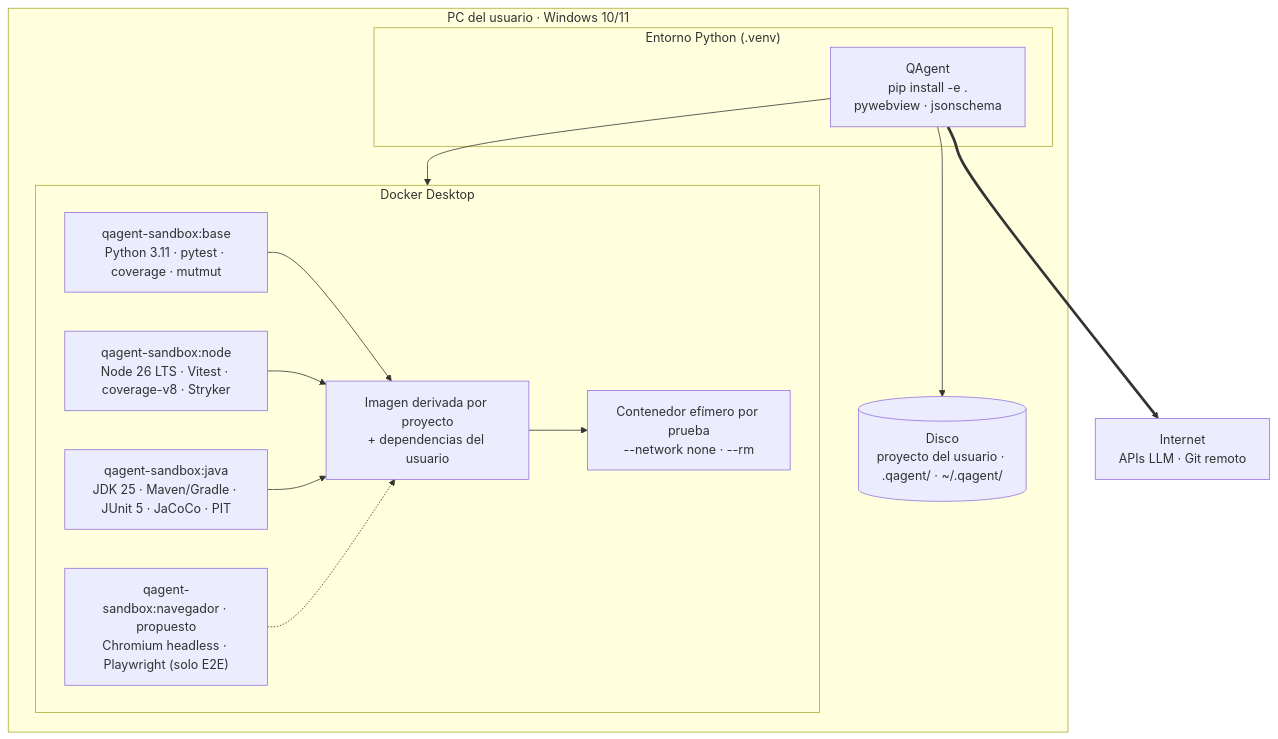
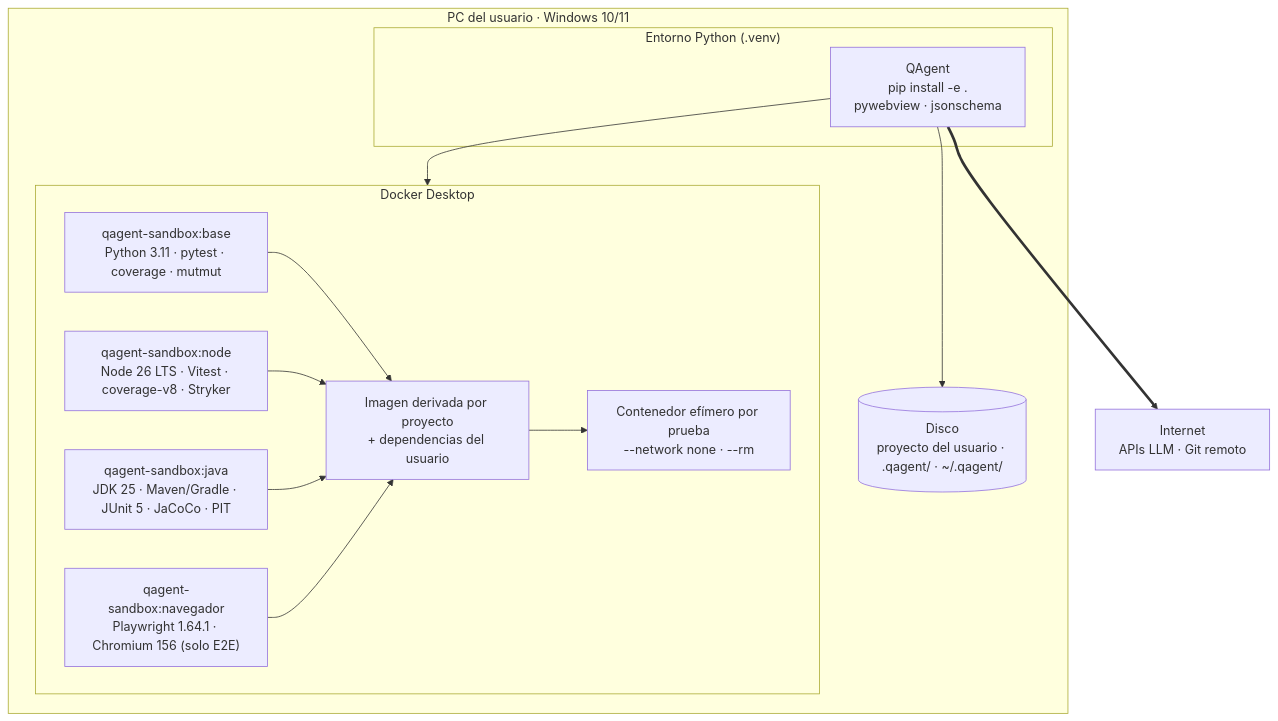
One commit to AngelOncoy/QAgent changed diagram 12 of 13 in docs/arquitectura.md. Above: the diagram before and after it, drawn with Mermaid. The commit also changed other lines of this file, not shown here.

````diff
--- a/docs/arquitectura.md
+++ b/docs/arquitectura.md
@@ -626,26 +626,26 @@
 ```mermaid
 flowchart TB
     subgraph WIN["PC del usuario · Windows 10/11"]
         subgraph VENV["Entorno Python (.venv)"]
             QA["QAgent<br/>pip install -e .<br/>pywebview · jsonschema"]
         end
         subgraph DD["Docker Desktop"]
             IMG["qagent-sandbox:base<br/>Python 3.11 · pytest · coverage · mutmut"]
             IMGN["qagent-sandbox:node<br/>Node 26 LTS · Vitest · coverage-v8 · Stryker"]
             IMGJ["qagent-sandbox:java<br/>JDK 25 · Maven/Gradle · JUnit 5 · JaCoCo · PIT"]
-            IMGE["qagent-sandbox:navegador · propuesto<br/>Chromium headless · Playwright (solo E2E)"]
+            IMGE["qagent-sandbox:navegador<br/>Playwright 1.64.1 · Chromium 156 (solo E2E)"]
             IMGP["Imagen derivada por proyecto<br/>+ dependencias del usuario"]
             CT["Contenedor efímero por prueba<br/>--network none · --rm"]
             IMG --> IMGP --> CT
             IMGN --> IMGP
             IMGJ --> IMGP
-            IMGE -.-> IMGP
+            IMGE --> IMGP
         end
         FS[("Disco<br/>proyecto del usuario · .qagent/ · ~/.qagent/")]
     end
     NET["Internet<br/>APIs LLM · Git remoto"]
 
     QA --> DD
     QA --> FS
     QA ==> NET
 ```
````
